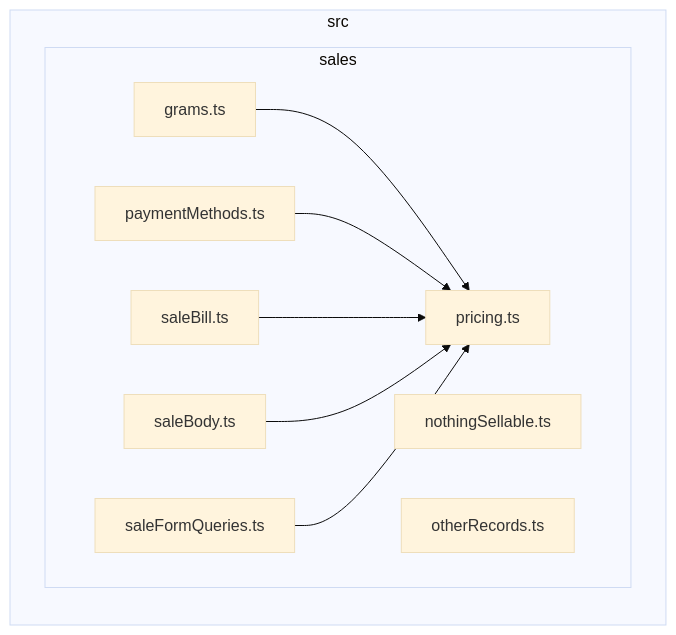
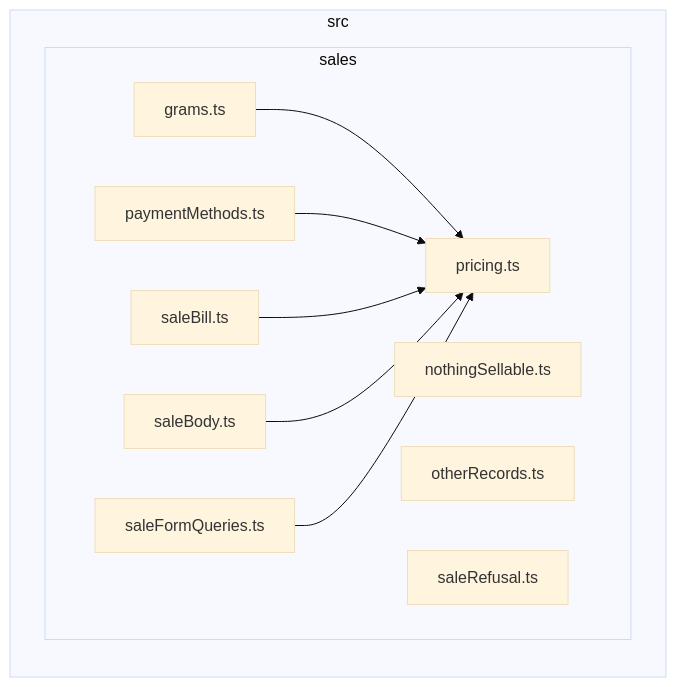
Before and after one commit to GonzaloZevallos/apostrophe: the diagram in docs/architecture/generated/front-modules/sales.md, drawn with Mermaid (base theme).

Commit message:
chore(docs): regenerate [skip ci]

````diff
--- a/docs/architecture/generated/front-modules/sales.md
+++ b/docs/architecture/generated/front-modules/sales.md
@@ -7,20 +7,21 @@
 ```mermaid
 flowchart LR
 subgraph src["src"]
   subgraph src_sales["sales"]
     src_sales_grams_ts["grams.ts"]
     src_sales_nothingSellable_ts["nothingSellable.ts"]
     src_sales_otherRecords_ts["otherRecords.ts"]
     src_sales_paymentMethods_ts["paymentMethods.ts"]
     src_sales_pricing_ts["pricing.ts"]
     src_sales_saleBill_ts["saleBill.ts"]
     src_sales_saleBody_ts["saleBody.ts"]
     src_sales_saleFormQueries_ts["saleFormQueries.ts"]
+    src_sales_saleRefusal_ts["saleRefusal.ts"]
   end
 end
 src_sales_grams_ts-->src_sales_pricing_ts
 src_sales_paymentMethods_ts-->src_sales_pricing_ts
 src_sales_saleBill_ts-->src_sales_pricing_ts
 src_sales_saleBody_ts-->src_sales_pricing_ts
 src_sales_saleFormQueries_ts-->src_sales_pricing_ts
 ```
````
